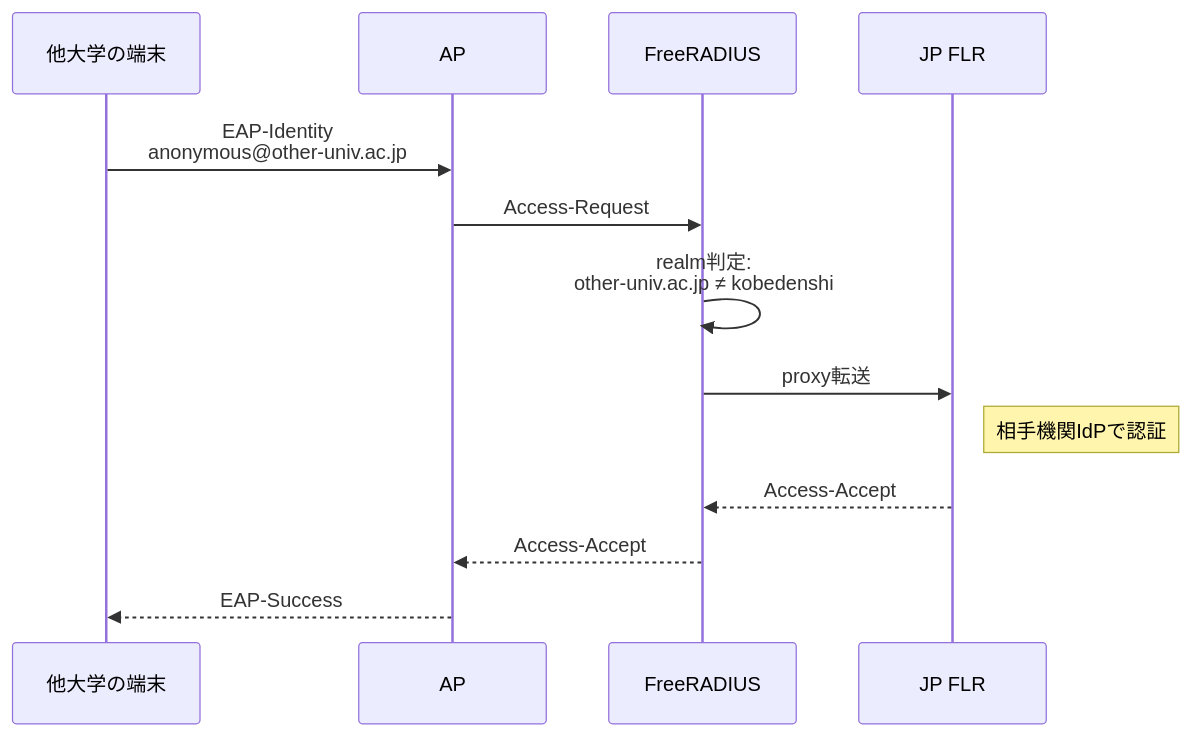
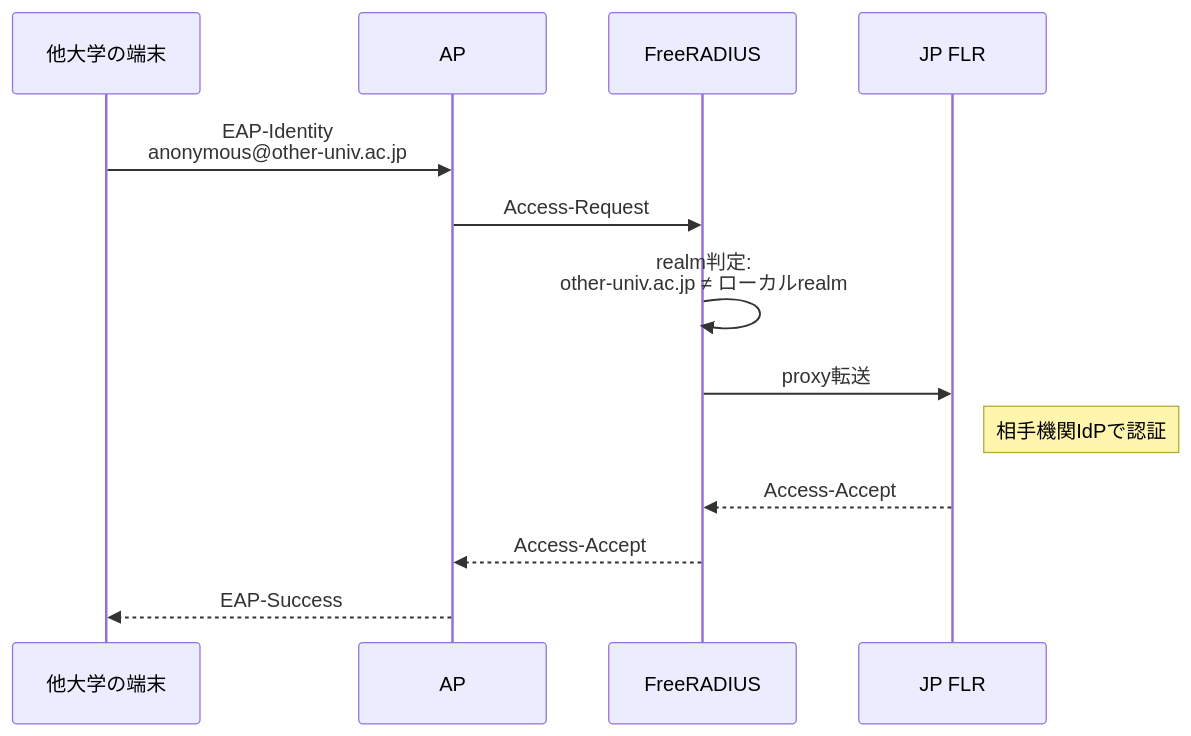
Before and after one commit to yuu61/eduroam-docker: the third of 9 diagrams in docs/infrastructure/architecture.md, drawn with Mermaid. The commit also changed other lines of this file and 13 other files, not shown here.

````diff
--- a/docs/infrastructure/architecture.md
+++ b/docs/infrastructure/architecture.md
@@ -75,16 +75,16 @@
 ```mermaid
 sequenceDiagram
     participant D as 他大学の端末
     participant AP as AP
     participant R as FreeRADIUS
     participant FLR as JP FLR
 
     D->>AP: EAP-Identity<br/>anonymous@other-univ.ac.jp
     AP->>R: Access-Request
-    R->>R: realm判定:<br/>other-univ.ac.jp ≠ kobedenshi
+    R->>R: realm判定:<br/>other-univ.ac.jp ≠ ローカルrealm
     R->>FLR: proxy転送
     Note right of FLR: 相手機関IdPで認証
     FLR-->>R: Access-Accept
     R-->>AP: Access-Accept
     AP-->>D: EAP-Success
 ```
````
